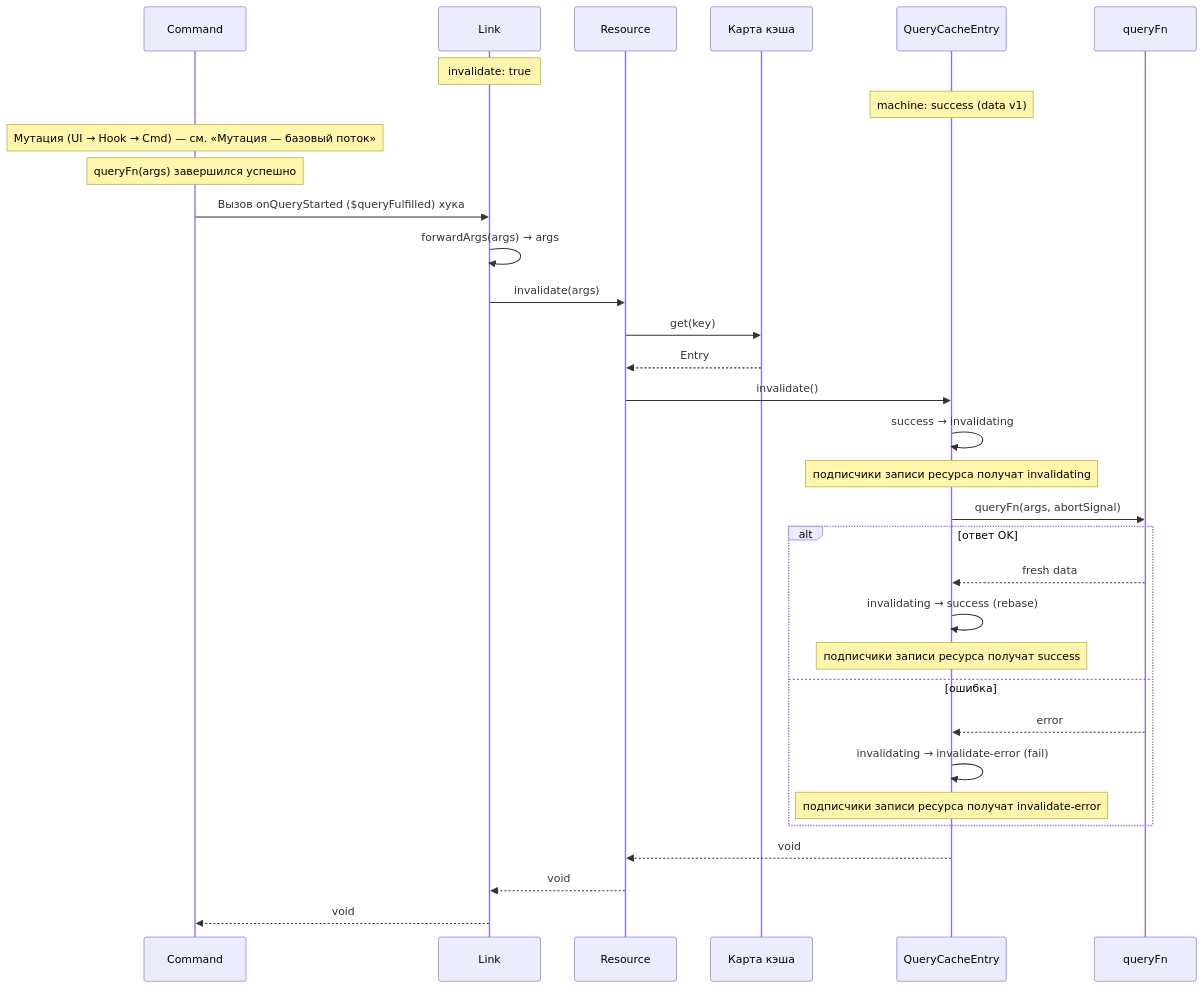
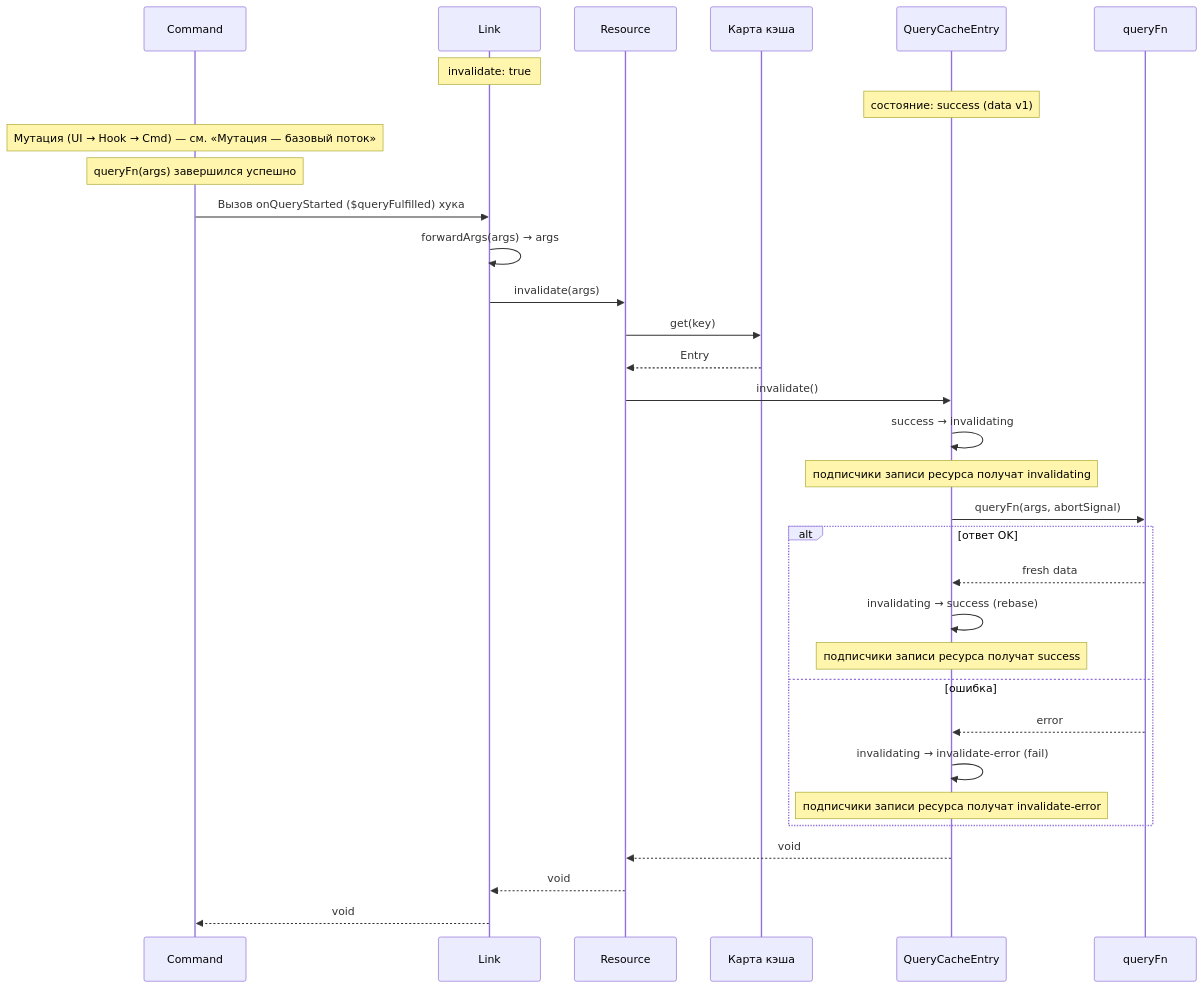
One commit to fozy-labs/rx-toolkit changed the eighth of 10 diagrams in docs/query/concepts/dataflows.md. Above: the diagram before and after it, drawn with Mermaid. The commit also changed other lines of this file and 71 other files, not shown here.

````diff
--- a/docs/query/concepts/dataflows.md
+++ b/docs/query/concepts/dataflows.md
@@ -307,43 +307,43 @@
 ```mermaid
 sequenceDiagram
     participant Cmd as Command
     participant Lnk as Link
     participant Res as Resource
     participant Cache as Карта кэша
     participant Entry as QueryCacheEntry
     participant Query as queryFn
     
     Note over Lnk: invalidate: true
 
-    Note over Entry: machine: success (data v1)
+    Note over Entry: состояние: success (data v1)
 
     Note over Cmd: Мутация (UI → Hook → Cmd) — см. «Мутация — базовый поток»
     Note over Cmd: queryFn(args) завершился успешно
 
 
     Cmd->>Lnk: Вызов onQueryStarted ($queryFulfilled) хука
     Lnk->>Lnk: forwardArgs(args) → args
     Lnk->>Res: invalidate(args)
     Res->>Cache: get(key)
     Cache-->>Res: Entry
     Res->>Entry: invalidate()
     Entry->>Entry: success → invalidating
 
     Note over Entry: подписчики записи ресурса получат invalidating
 
     Entry->>Query: queryFn(args, abortSignal)
 
     alt ответ OK
         Query-->>Entry: fresh data
         Entry->>Entry: invalidating → success (rebase)
         Note over Entry: подписчики записи ресурса получат success
     else ошибка
         Query-->>Entry: error
         Entry->>Entry: invalidating → invalidate-error (fail)
         Note over Entry: подписчики записи ресурса получат invalidate-error
     end
     
     Entry-->>Res: void
     Res-->>Lnk: void
     Lnk-->>Cmd: void
 ```
````
